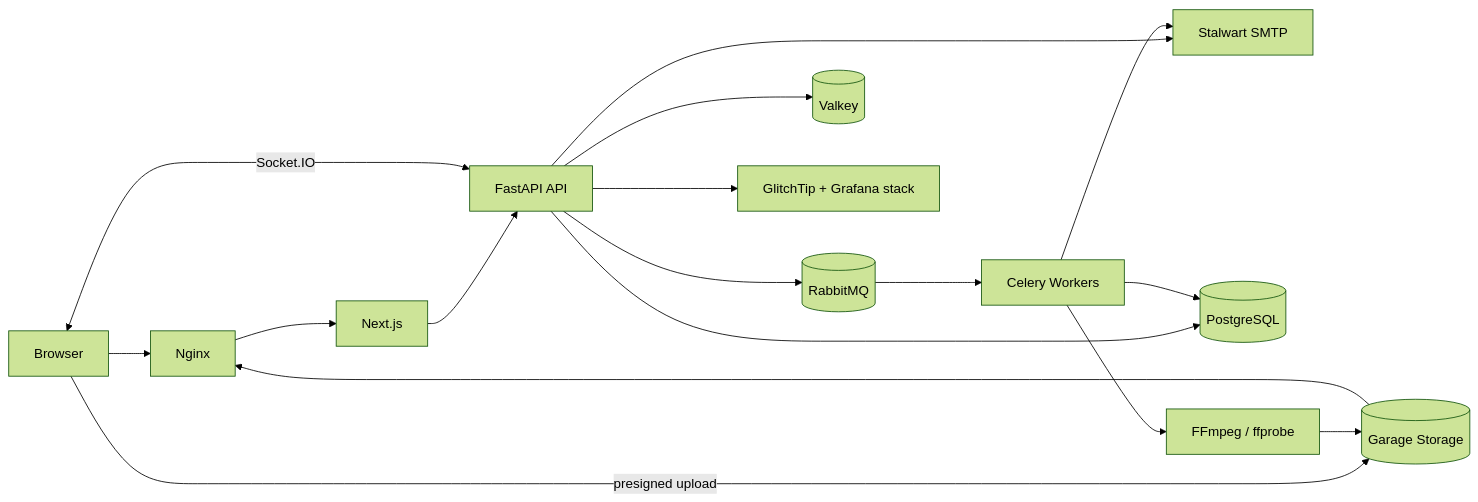
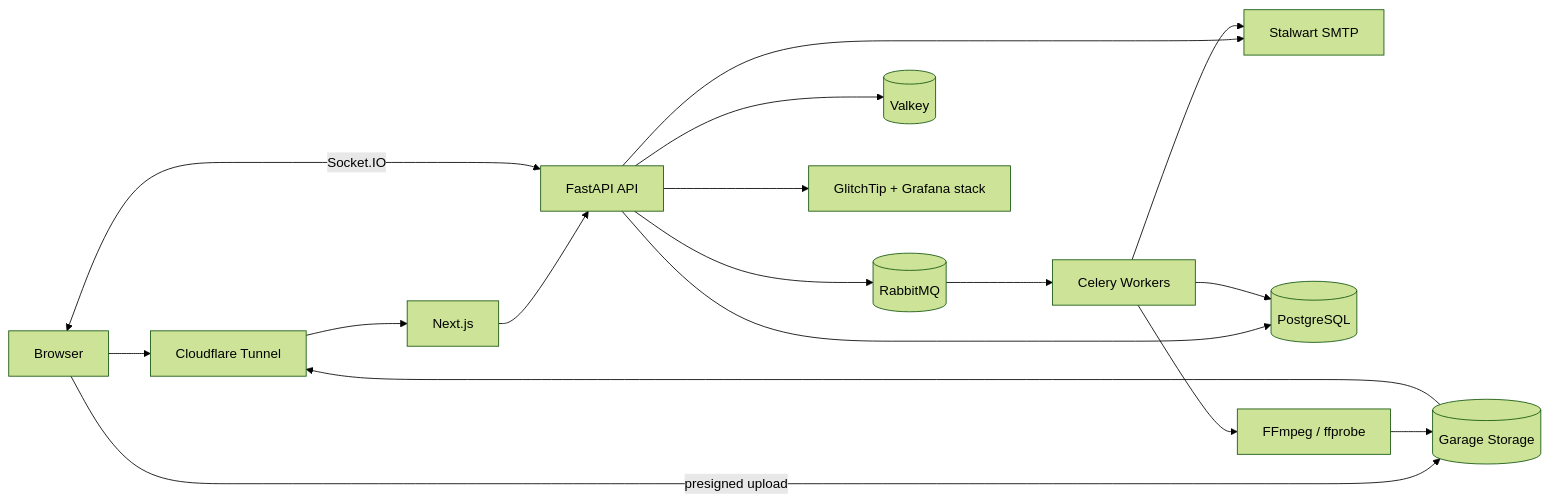
The diagram in feed-io-development-plan.md (khanhnkq/feed.io), drawn with Mermaid (forest theme) before and after one commit. The commit also changed other lines of this file and 11 other files, not shown here.

Commit message:
refactor: replace Nginx with Cloudflare Tunnel and add CF-Connecting-IP rate limit support and tests

````diff
--- a/feed-io-development-plan.md
+++ b/feed-io-development-plan.md
@@ -19,19 +19,19 @@
 ```mermaid
 flowchart LR
-    U[Browser] --> N[Nginx]
+    U[Browser] --> N[Cloudflare Tunnel]
     N --> W[Next.js]
     W --> A[FastAPI API]
     A --> M[Mailpit / Stalwart SMTP]
     U -->|presigned upload| S[(Garage Storage)]
     A --> P[(PostgreSQL)]
     A --> R[(RabbitMQ)]
     A --> V[(Valkey)]
     R --> Q[Celery Workers]
     Q --> F[FFmpeg / ffprobe]
     F --> S
     S --> N
     A <-->|Socket.IO| U
     Q --> P
     Q --> M[Stalwart SMTP]
     A --> O[GlitchTip + Grafana stack]
 ```
````
